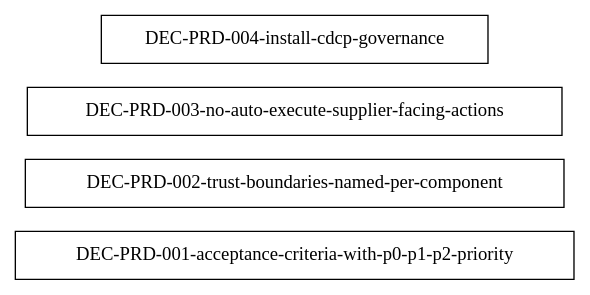
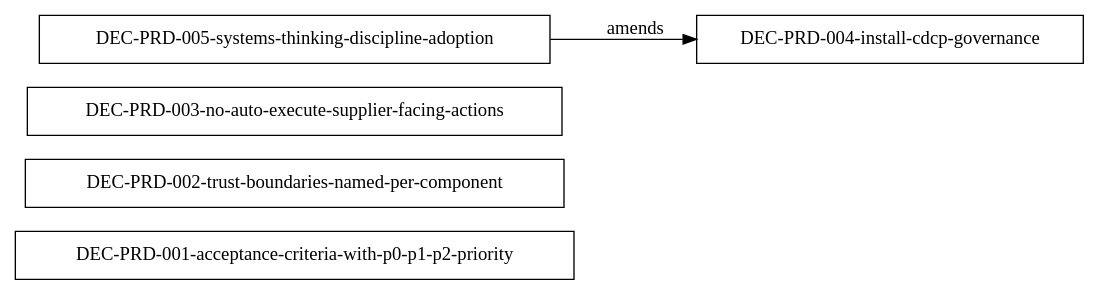
Before and after one commit to AthenaTheOwl/athena-site: the diagram in ops/dec-graphs/ai-supply-chain-copilot-prd.dot, drawn with Graphviz. The commit also changed 20 other files, not shown here.

```diff
--- a/ops/dec-graphs/ai-supply-chain-copilot-prd.dot
+++ b/ops/dec-graphs/ai-supply-chain-copilot-prd.dot
@@ -1,7 +1,9 @@
 digraph dec_chains_ai_supply_chain_copilot_prd {
   rankdir=LR;
   "DEC-PRD-001-acceptance-criteria-with-p0-p1-p2-priority" [shape=box, style=solid];
   "DEC-PRD-002-trust-boundaries-named-per-component" [shape=box, style=solid];
   "DEC-PRD-003-no-auto-execute-supplier-facing-actions" [shape=box, style=solid];
   "DEC-PRD-004-install-cdcp-governance" [shape=box, style=solid];
+  "DEC-PRD-005-systems-thinking-discipline-adoption" [shape=box, style=solid];
+  "DEC-PRD-005-systems-thinking-discipline-adoption" -> "DEC-PRD-004-install-cdcp-governance" [label="amends"];
 }
```
